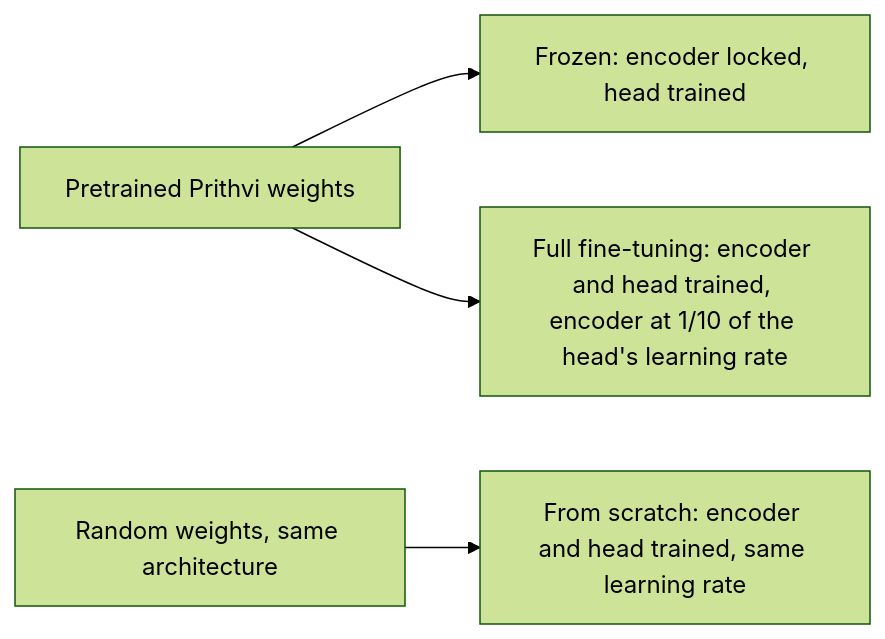
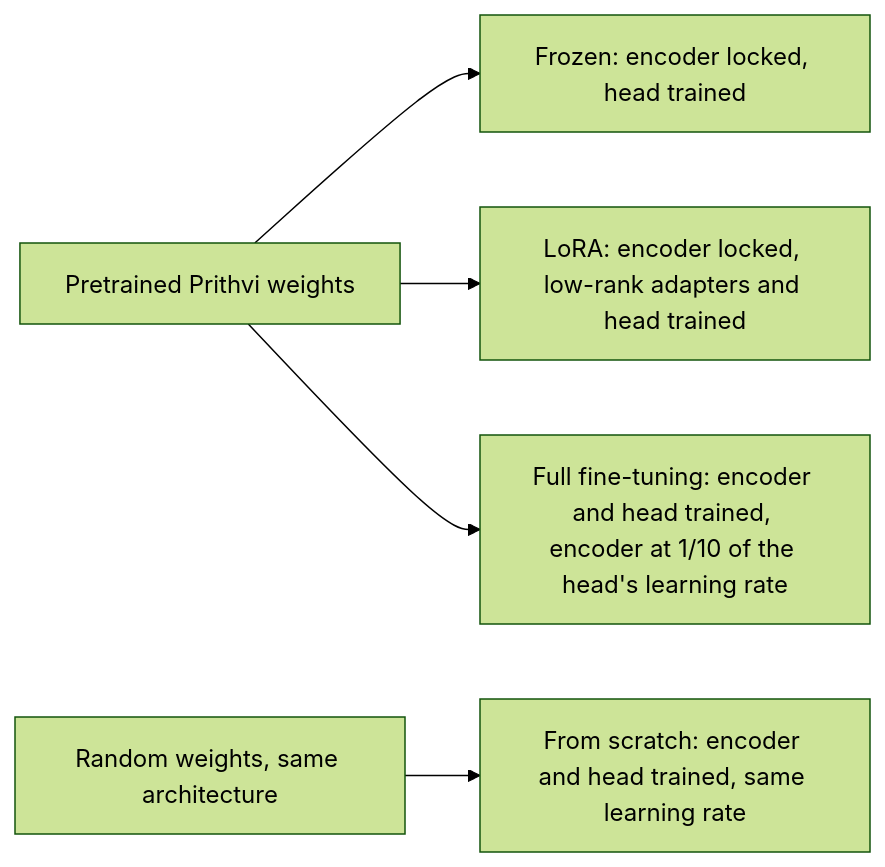
One commit to amanchry/irrimapping-geofm changed the second of 4 diagrams in docs/experiments/E05_prithvi_strategies.md. Above: the diagram before and after it, drawn with Mermaid (forest theme). The commit also changed other lines of this file and 56 other files, not shown here.

````diff
--- a/docs/experiments/E05_prithvi_strategies.md
+++ b/docs/experiments/E05_prithvi_strategies.md
@@ -63,6 +68,7 @@
 ```mermaid
 flowchart LR
     P["Pretrained Prithvi weights"] --> FR["Frozen: encoder locked, head trained"]
+    P --> LO["LoRA: encoder locked, low-rank adapters and head trained"]
     P --> FT["Full fine-tuning: encoder and head trained, encoder at 1/10 of the head's learning rate"]
     R["Random weights, same architecture"] --> SC["From scratch: encoder and head trained, same learning rate"]
 ```
````
